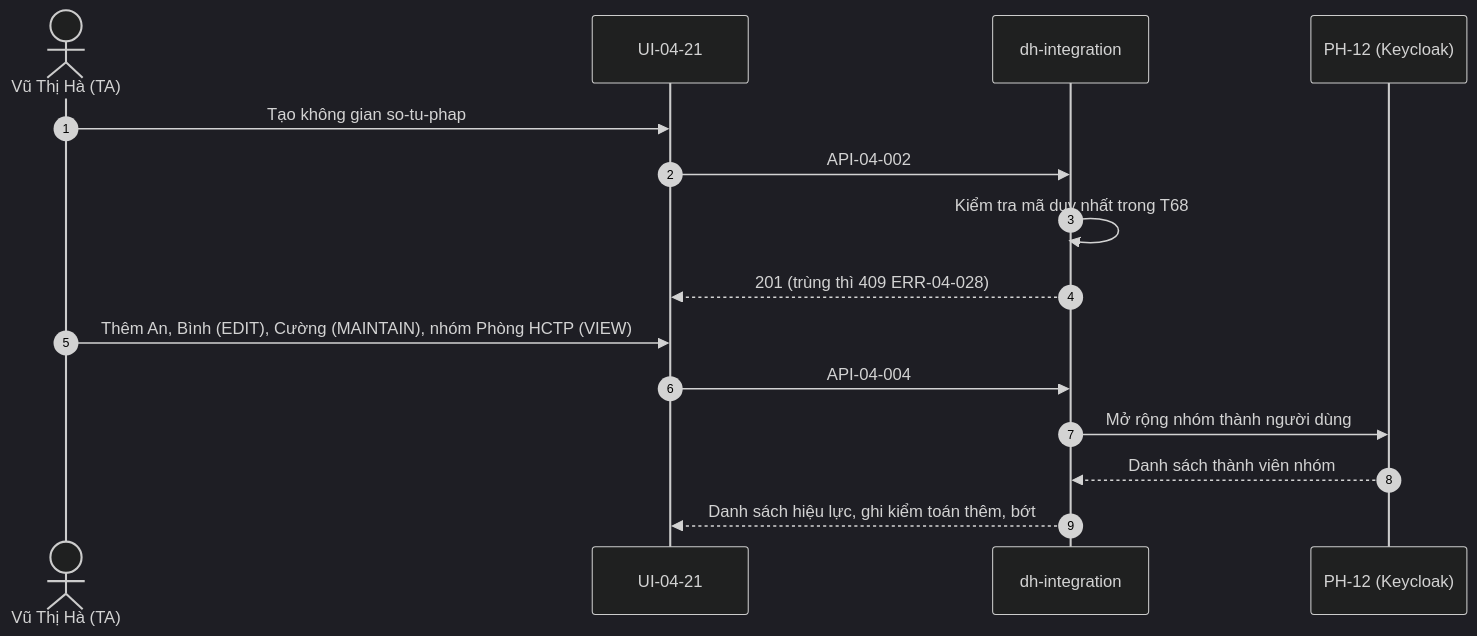
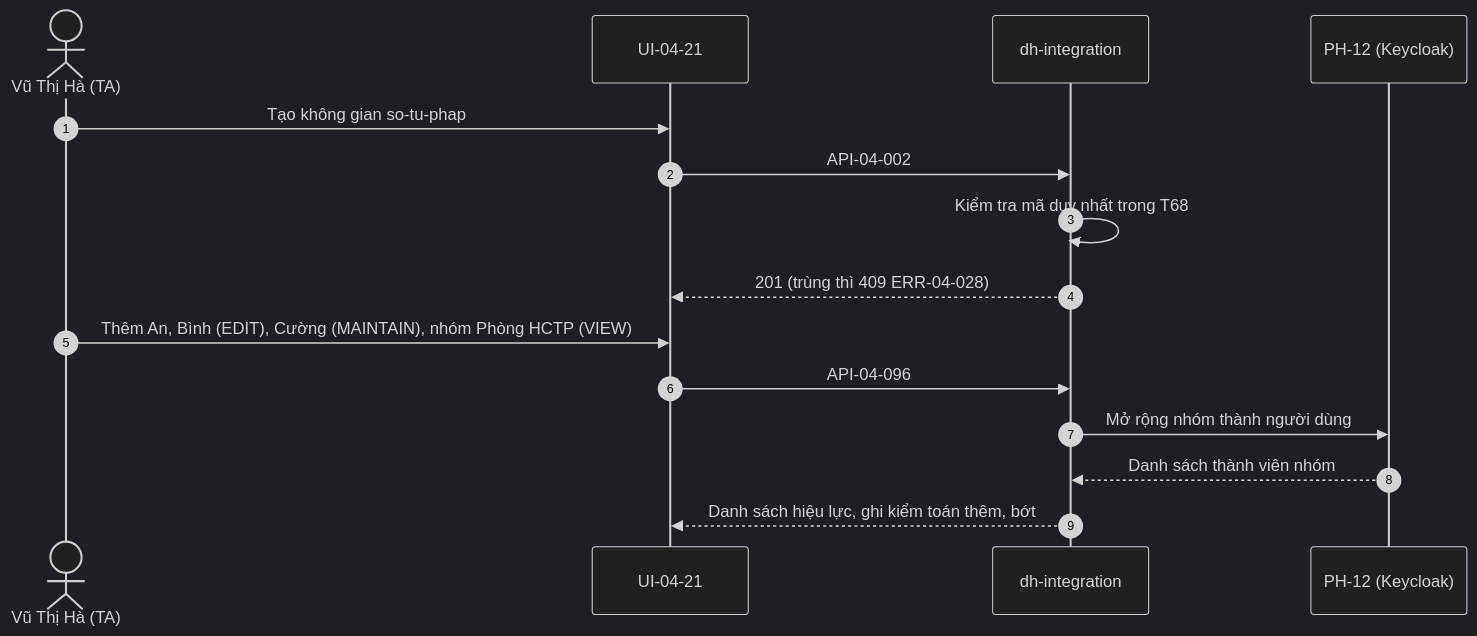
One commit to caprocute/DATAHUB changed the third of 25 diagrams in datahub-docs/02-yeu-cau/use-case/D02-04-PH04-use-case-tich-hop.md. Above: the diagram before and after it, drawn with Mermaid (dark theme). The commit also changed other lines of this file and 105 other files, not shown here.

````diff
--- a/datahub-docs/02-yeu-cau/use-case/D02-04-PH04-use-case-tich-hop.md
+++ b/datahub-docs/02-yeu-cau/use-case/D02-04-PH04-use-case-tich-hop.md
@@ -385,17 +385,17 @@
 ```{.mermaid caption="Trình tự tạo không gian làm việc và cấp thành viên"}
 sequenceDiagram
     autonumber
     actor TA as Vũ Thị Hà (TA)
     participant UI as UI-04-21
     participant INT as dh-integration
     participant KC as PH-12 (Keycloak)
     TA->>UI: Tạo không gian so-tu-phap
     UI->>INT: API-04-002
     INT->>INT: Kiểm tra mã duy nhất trong T68
     INT-->>UI: 201 (trùng thì 409 ERR-04-028)
     TA->>UI: Thêm An, Bình (EDIT), Cường (MAINTAIN), nhóm Phòng HCTP (VIEW)
-    UI->>INT: API-04-004
+    UI->>INT: API-04-096
     INT->>KC: Mở rộng nhóm thành người dùng
     KC-->>INT: Danh sách thành viên nhóm
     INT-->>UI: Danh sách hiệu lực, ghi kiểm toán thêm, bớt
 ```
````
